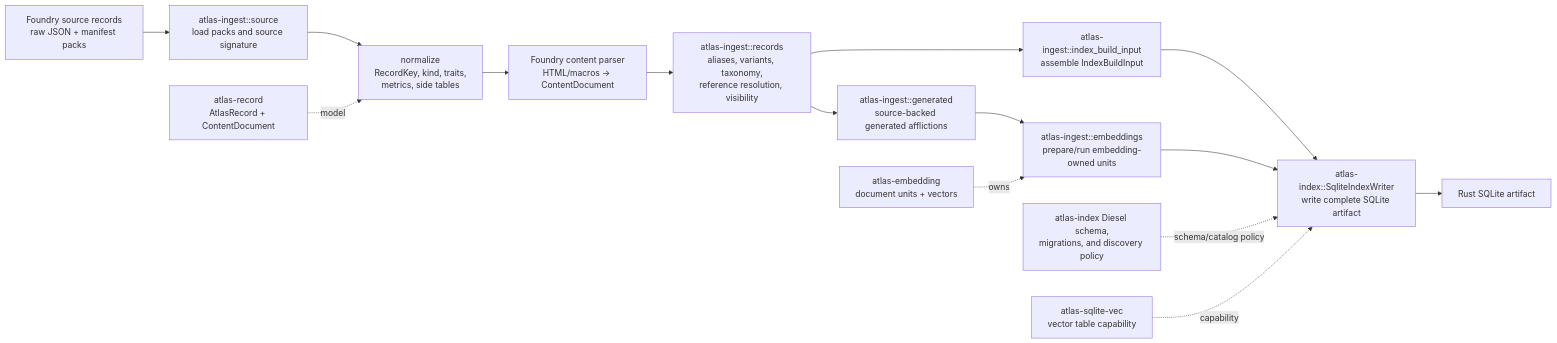
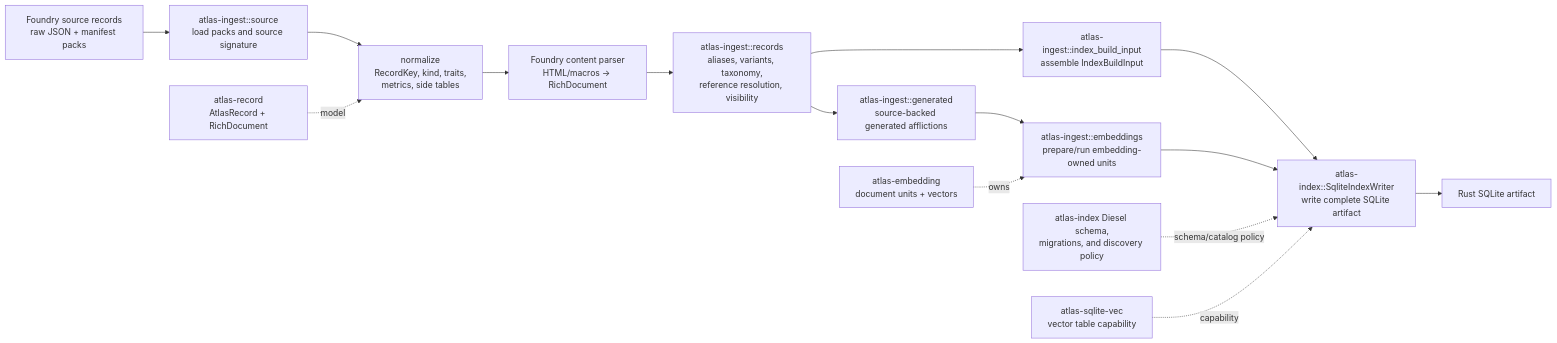
One commit to e-kosten/pf2e-atlas changed the second of 4 diagrams in docs/architecture/runtime.md. Above: the diagram before and after it, drawn with Mermaid. The commit also changed other lines of this file and 67 other files, not shown here.

Commit message:
feat: migrate rich content document model

````diff
--- a/docs/architecture/runtime.md
+++ b/docs/architecture/runtime.md
@@ -58,18 +58,18 @@
 ```mermaid
 flowchart LR
     raw["Foundry source records<br/>raw JSON + manifest packs"] --> load["atlas-ingest::source<br/>load packs and source signature"]
     load --> normalize["normalize<br/>RecordKey, kind, traits,<br/>metrics, side tables"]
-    normalize --> content["Foundry content parser<br/>HTML/macros -> ContentDocument"]
+    normalize --> content["Foundry content parser<br/>HTML/macros -> RichDocument"]
     content --> enrich["atlas-ingest::records<br/>aliases, variants, taxonomy,<br/>reference resolution, visibility"]
     enrich --> generated["atlas-ingest::generated<br/>source-backed generated afflictions"]
     generated --> embedPrep["atlas-ingest::embeddings<br/>prepare/run embedding-owned units"]
     enrich --> buildInput["atlas-ingest::index_build_input<br/>assemble IndexBuildInput"]
     buildInput --> writer["atlas-index::SqliteIndexWriter<br/>write complete SQLite artifact"]
     embedPrep --> writer
     writer --> sqlite["Rust SQLite artifact"]
 
-    record["atlas-record<br/>AtlasRecord + ContentDocument"] -. model .-> normalize
+    record["atlas-record<br/>AtlasRecord + RichDocument"] -. model .-> normalize
     artifactSchema["atlas-index Diesel schema,<br/>migrations, and discovery policy"] -. schema/catalog policy .-> writer
     embedding["atlas-embedding<br/>document units + vectors"] -. owns .-> embedPrep
     sqliteVec["atlas-sqlite-vec<br/>vector table capability"] -. capability .-> writer
 ```
````
